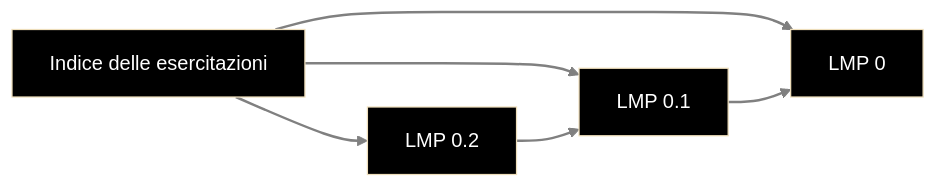
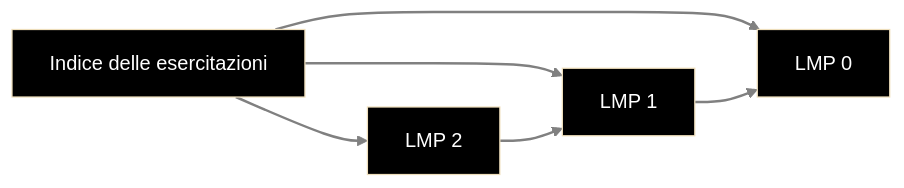
The diagram in Appunti LMP/MOD I/Esercitazioni/Indice delle esercitazioni.md (francosalvucci14/Appunti-II-anno), drawn with Mermaid (base theme) before and after one commit. The commit also changed 1 other file, not shown here.

Commit message:
vault backup: 2022-11-23 12:37:43

````diff
--- a/Appunti LMP/MOD I/Esercitazioni/Indice delle esercitazioni.md
+++ b/Appunti LMP/MOD I/Esercitazioni/Indice delle esercitazioni.md
@@ -10,17 +10,17 @@
 ```mermaid
 graph LR;
 	A[Indice delle esercitazioni]
 	B[LMP 0]
-	C[LMP 0.1]
-	D[LMP 0.2]
+	C[LMP 1]
+	D[LMP 2]
 
 	linkStyle default stroke-width:2px,fill:none,stroke:grey,color:red
 	
 	style A fill:black, color:#fff
 	style B fill:black, color:#fff
 	style C fill:black, color:#fff
 	style D fill:black, color:#fff
 	A-->B & C & D
 	C-->B
 	D-->C
 ```
````
